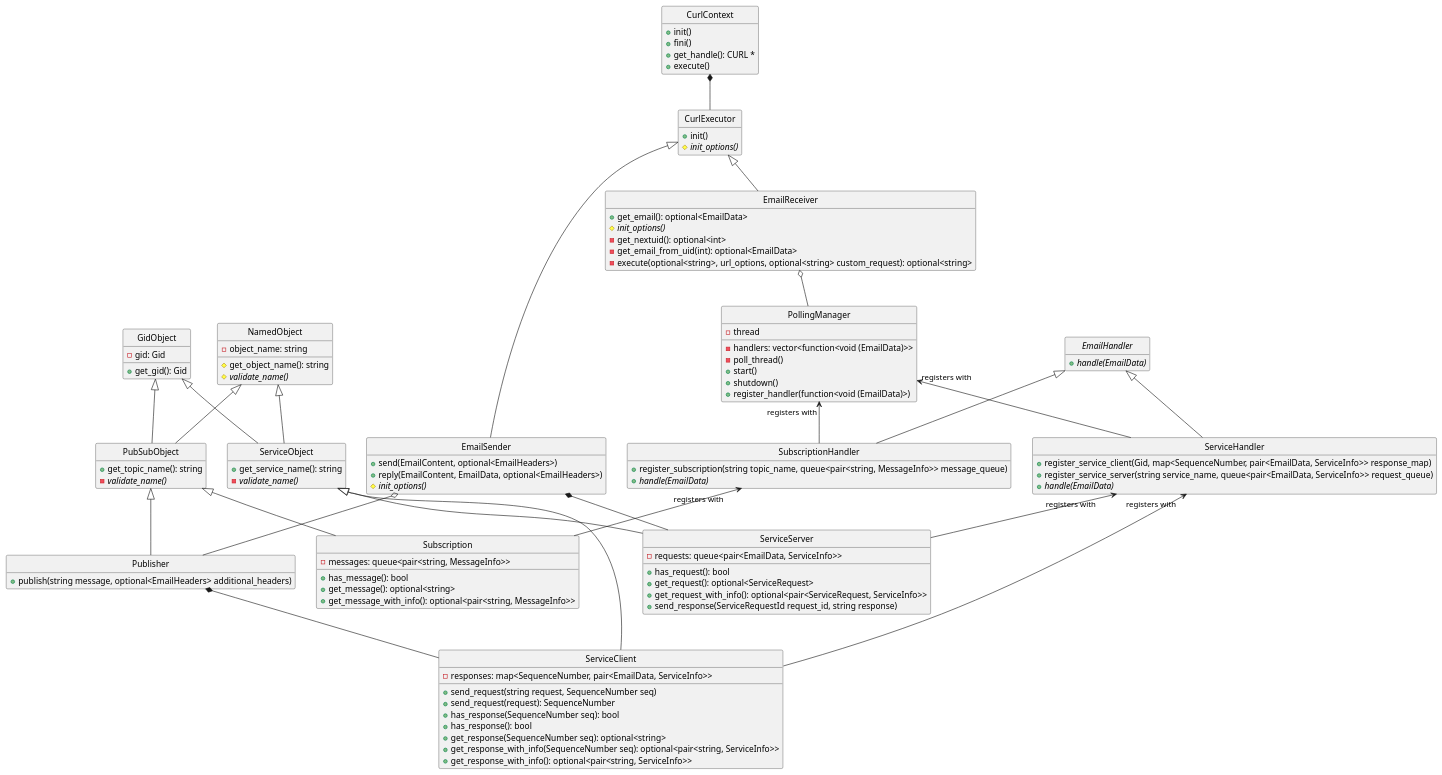
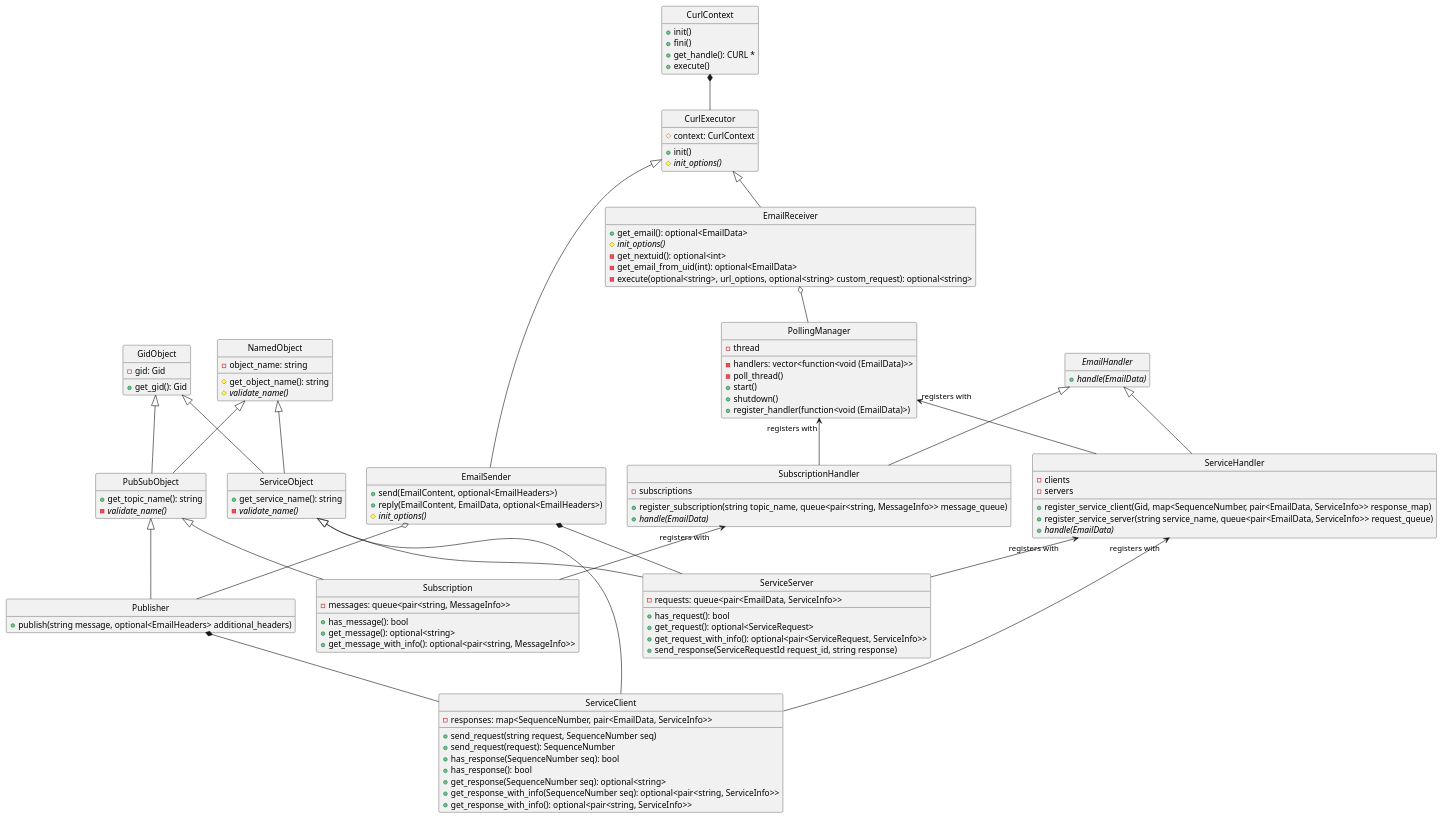
The first of 4 diagrams in email/doc/design.md (christophebedard/rmw_email), drawn with PlantUML before and after one commit. The commit also changed other lines of this file, not shown here.

Commit message:
Hide empty fields and methods by default

````diff
--- a/email/doc/design.md
+++ b/email/doc/design.md
@@ -95,6 +95,8 @@
 ```plantuml
 @startuml
 
+hide empty attributes
+hide empty methods
 hide circle
 
 
@@ -104,14 +106,12 @@
    +get_handle(): CURL *
    +execute()
 }
-hide CurlContext fields
 
 class CurlExecutor {
    +init()
    #init_options() {abstract}
    #context: CurlContext
 }
-hide CurlExecutor fields
 CurlContext *-- CurlExecutor
 
 
@@ -120,7 +120,6 @@
    +reply(EmailContent, EmailData, optional<EmailHeaders>)
    #init_options() {abstract}
 }
-hide EmailSender fields
 CurlExecutor <|-- EmailSender
 
 class EmailReceiver {
@@ -130,7 +129,6 @@
    -get_email_from_uid(int): optional<EmailData>
    -execute(optional<string>, url_options, optional<string> custom_request): optional<string>
 }
-hide EmailReceiver fields
 CurlExecutor <|-- EmailReceiver
 
 
@@ -147,7 +145,6 @@
 abstract class EmailHandler {
    +handle(EmailData) {abstract}
 }
-hide EmailHandler fields
 
 
 class SubscriptionHandler {
@@ -155,7 +152,6 @@
    +register_subscription(string topic_name, queue<pair<string, MessageInfo>> message_queue)
    +handle(EmailData) {abstract}
 }
-hide SubscriptionHandler fields
 EmailHandler <|-- SubscriptionHandler
 PollingManager "registers with" <-- SubscriptionHandler
 
@@ -166,7 +162,6 @@
    +register_service_server(string service_name, queue<pair<EmailData, ServiceInfo>> request_queue)
    +handle(EmailData) {abstract}
 }
-hide ServiceHandler fields
 EmailHandler <|-- ServiceHandler
 PollingManager "registers with" <-- ServiceHandler
 
@@ -185,7 +180,6 @@
    +get_topic_name(): string
    -validate_name() {abstract}
 }
-hide PubSubObject fields
 GidObject <|-- PubSubObject
 NamedObject <|-- PubSubObject
 
@@ -193,7 +187,6 @@
    +get_service_name(): string
    -validate_name() {abstract}
 }
-hide ServiceObject fields
 GidObject <|-- ServiceObject
 NamedObject <|-- ServiceObject
 
@@ -201,7 +194,6 @@
 class Publisher {
    +publish(string message, optional<EmailHeaders> additional_headers)
 }
-hide Publisher fields
 PubSubObject <|-- Publisher
 EmailSender o-- Publisher
 
````
